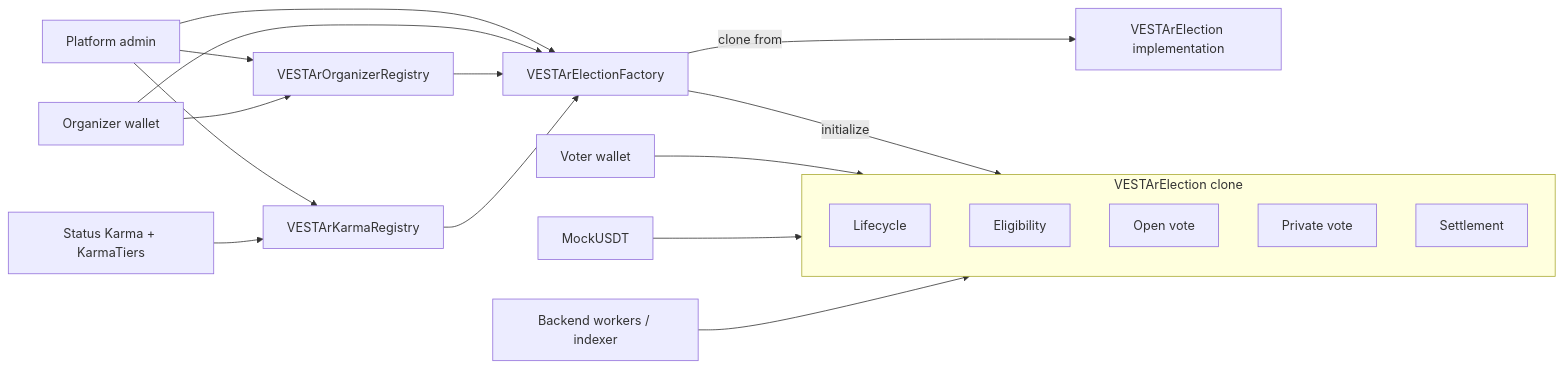
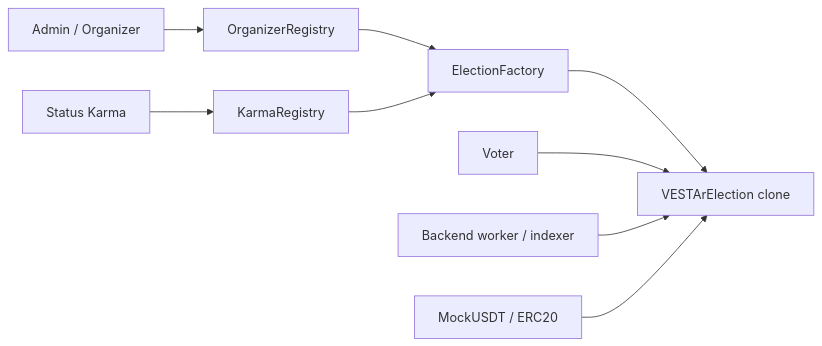
Before and after one commit to VESTAr-BAY/vestar-contracts: the first of 2 diagrams in README.md, drawn with Mermaid. The commit also changed other lines of this file and 15 other files, not shown here.

Commit message:
docs(readme): simplify contracts README and highlight core architecture

````diff
--- a/README.md
+++ b/README.md
@@ -19,35 +69,11 @@
 ```mermaid
 flowchart LR
-  Admin[Platform admin]
-  Organizer[Organizer wallet]
-  Voter[Voter wallet]
-  Status[Status Karma + KarmaTiers]
-  OrgReg[VESTArOrganizerRegistry]
-  KarmaReg[VESTArKarmaRegistry]
-  Factory[VESTArElectionFactory]
-  Impl[VESTArElection implementation]
-  MockUSDT[MockUSDT]
-  Worker[Backend workers / indexer]
-
-  subgraph Election[VESTArElection clone]
-    Life[Lifecycle]
-    Elig[Eligibility]
-    Open[Open vote]
-    Private[Private vote]
-    Settle[Settlement]
-  end
-
-  Admin --> OrgReg
-  Admin --> KarmaReg
-  Admin --> Factory
-  Organizer --> OrgReg
-  Organizer --> Factory
-  Status --> KarmaReg
-  OrgReg --> Factory
+  Admin[Admin / Organizer] --> OrgReg[OrganizerRegistry]
+  Status[Status Karma] --> KarmaReg[KarmaRegistry]
+  OrgReg --> Factory[ElectionFactory]
   KarmaReg --> Factory
-  Factory -->|clone from| Impl
-  Factory -->|initialize| Election
-  Voter --> Election
-  MockUSDT --> Election
-  Worker --> Election
+  Factory --> Election[VESTArElection clone]
+  Voter[Voter] --> Election
+  Worker[Backend worker / indexer] --> Election
+  Token[MockUSDT / ERC20] --> Election
 ```
````
